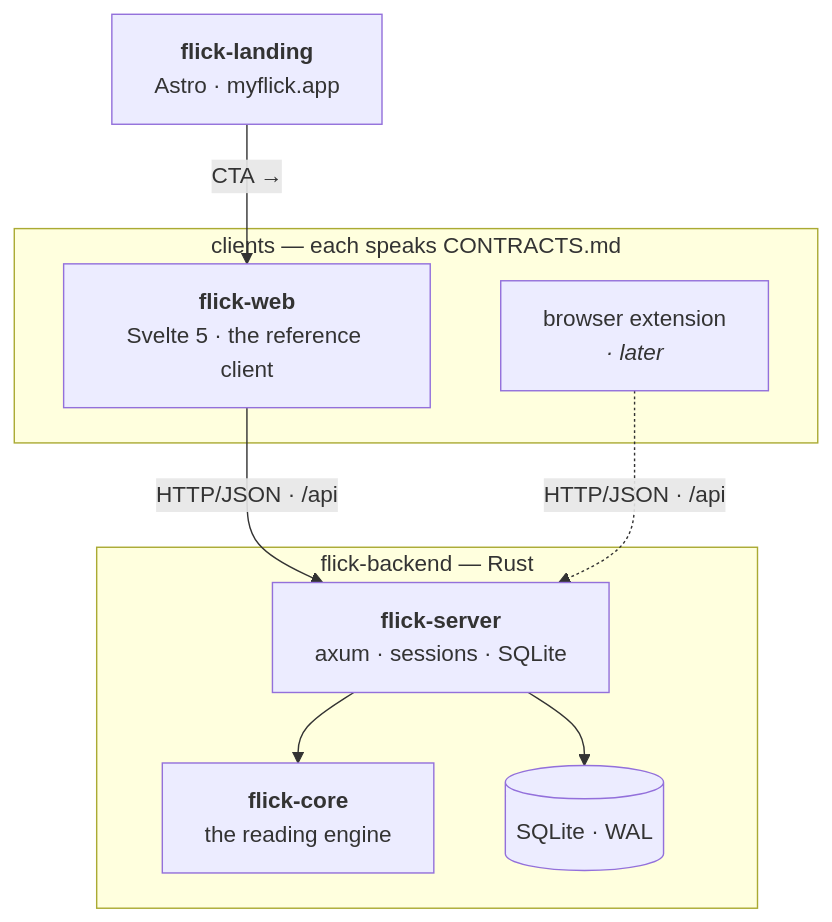
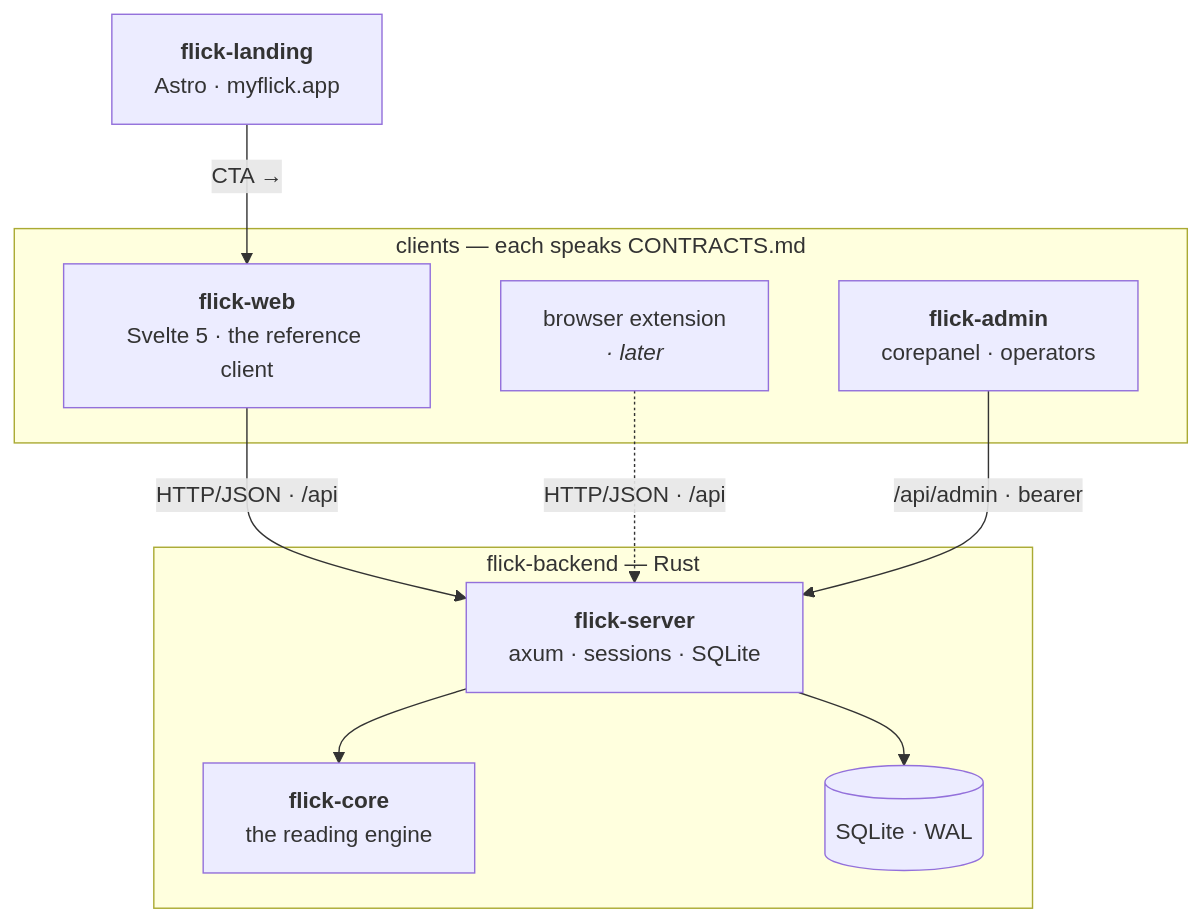
Before and after one commit to one-more-refactor/flick: the diagram in README.md, drawn with Mermaid. The commit also changed other lines of this file and 2 other files, not shown here.

Commit message:
umbrella: flick-admin + corepanel — repo table, architecture, version tracking

````diff
--- a/README.md
+++ b/README.md
@@ -33,20 +33,22 @@
 ```mermaid
 flowchart TD
     subgraph clients["clients — each speaks CONTRACTS.md"]
         web["<b>flick-web</b><br/>Svelte 5 · the reference client"]
         ext["browser extension<br/><i>· later</i>"]
+        admin["<b>flick-admin</b><br/>corepanel · operators"]
     end
     landing["<b>flick-landing</b><br/>Astro · myflick.app"]
 
     web -- "HTTP/JSON · /api" --> server
     ext -. "HTTP/JSON · /api" .-> server
+    admin -- "/api/admin · bearer" --> server
     landing -- "CTA →" --> web
 
     subgraph backend["flick-backend — Rust"]
         server["<b>flick-server</b><br/>axum · sessions · SQLite"]
         core["<b>flick-core</b><br/>the reading engine"]
         db[("SQLite · WAL")]
         server --> core
         server --> db
     end
 ```
````
